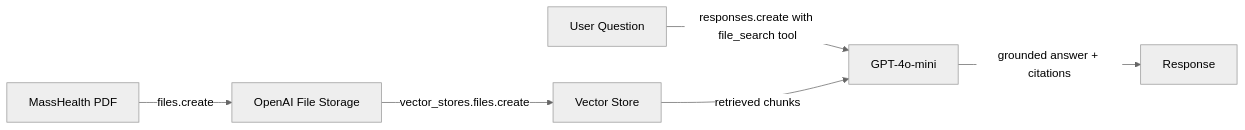
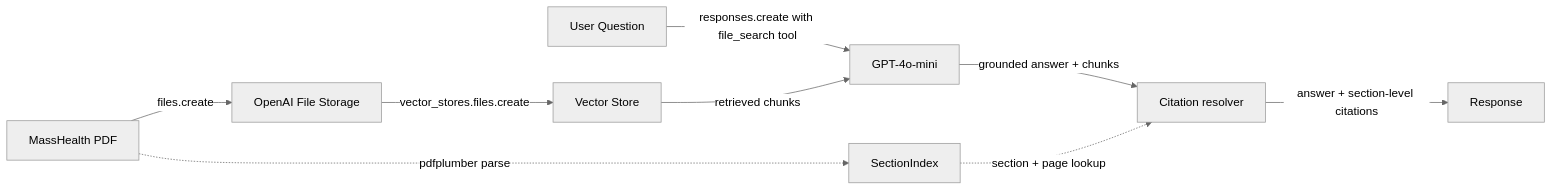
The diagram in README.md (kayseenin/healthcare-ai-learning), drawn with Mermaid (neutral theme) before and after one commit. The commit also changed other lines of this file, not shown here.

First line of the commit message:
(v2): section-level citations  v1 returned only the source filename. v2 resolves each retrieved chunk to the specific outline section and page of the source policy (e.g. 'Section II.A.2.g, p. 3').

````diff
--- a/README.md
+++ b/README.md
@@ -20,8 +22,11 @@
 ```mermaid
 graph LR
     A[MassHealth PDF] -->|files.create| B[OpenAI File Storage]
     B -->|vector_stores.files.create| C[Vector Store]
+    A -.->|pdfplumber parse| G[SectionIndex]
     D[User Question] -->|responses.create with file_search tool| E[GPT-4o-mini]
     C -->|retrieved chunks| E
-    E -->|grounded answer + citations| F[Response]
+    E -->|grounded answer + chunks| H[Citation resolver]
+    G -.->|section + page lookup| H
+    H -->|answer + section-level citations| F[Response]
 ```
````
